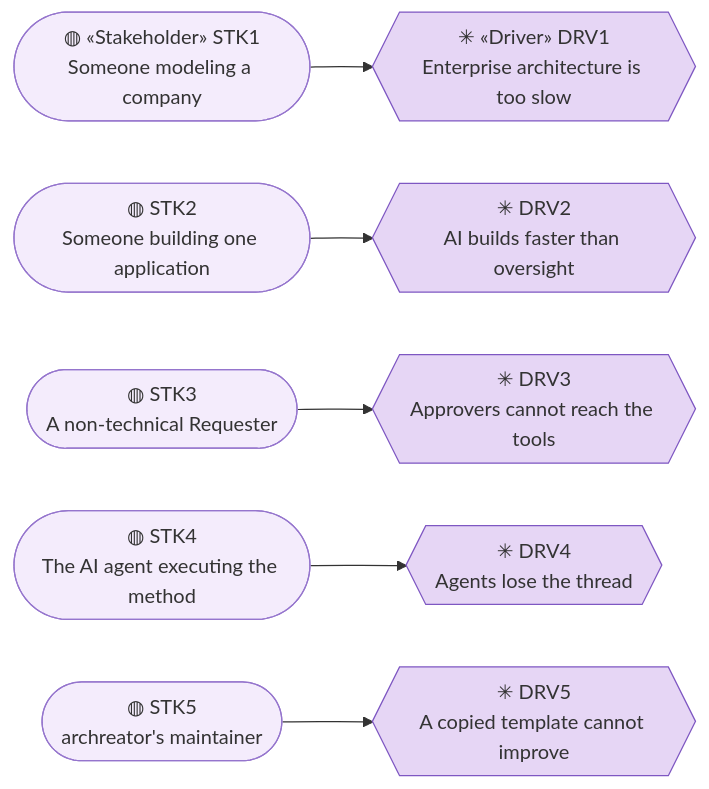
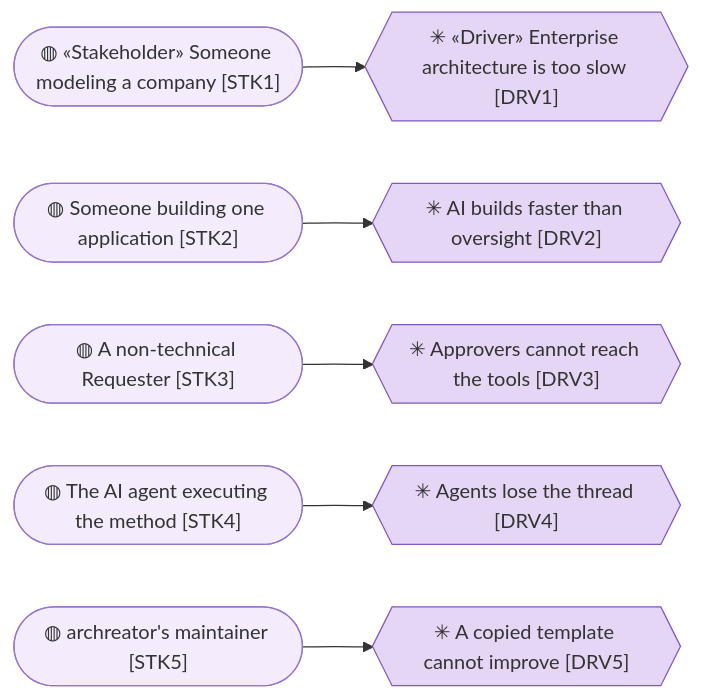
Before and after one commit to roanboc/architecture-archreator: the second of 5 diagrams in product-archreator/architecture/1_strategy/1_motivation.md, drawn with Mermaid. The commit also changed other lines of this file and 38 other files, not shown here.

````diff
--- a/product-archreator/architecture/1_strategy/1_motivation.md
+++ b/product-archreator/architecture/1_strategy/1_motivation.md
@@ -53,23 +53,23 @@
 ```mermaid
 flowchart LR
-  stk1(["◍ «Stakeholder» STK1<br>Someone modeling a company"]):::stakeholder
-  stk2(["◍ STK2<br>Someone building one application"]):::stakeholder
-  stk3(["◍ STK3<br>A non-technical Requester"]):::stakeholder
-  stk4(["◍ STK4<br>The AI agent executing the method"]):::stakeholder
-  stk5(["◍ STK5<br>archreator's maintainer"]):::stakeholder
+  stk1(["◍ «Stakeholder» Someone modeling a company [STK1]"]):::stakeholder
+  stk2(["◍ Someone building one application [STK2]"]):::stakeholder
+  stk3(["◍ A non-technical Requester [STK3]"]):::stakeholder
+  stk4(["◍ The AI agent executing the method [STK4]"]):::stakeholder
+  stk5(["◍ archreator's maintainer [STK5]"]):::stakeholder
 
-  drv1{{"✳ «Driver» DRV1<br>Enterprise architecture is too slow"}}:::driver
-  drv2{{"✳ DRV2<br>AI builds faster than oversight"}}:::driver
-  drv3{{"✳ DRV3<br>Approvers cannot reach the tools"}}:::driver
-  drv4{{"✳ DRV4<br>Agents lose the thread"}}:::driver
-  drv5{{"✳ DRV5<br>A copied template cannot improve"}}:::driver
+  drv1{{"✳ «Driver» Enterprise architecture is too slow [DRV1]"}}:::driver
+  drv2{{"✳ AI builds faster than oversight [DRV2]"}}:::driver
+  drv3{{"✳ Approvers cannot reach the tools [DRV3]"}}:::driver
+  drv4{{"✳ Agents lose the thread [DRV4]"}}:::driver
+  drv5{{"✳ A copied template cannot improve [DRV5]"}}:::driver
 
   stk1 --> drv1
   stk2 --> drv2
   stk3 --> drv3
   stk4 --> drv4
   stk5 --> drv5
 
   classDef stakeholder fill:#f4ecfc,stroke:#9575cd,color:#333
   classDef driver fill:#e6d6f5,stroke:#7e57c2,color:#333
 ```
````
